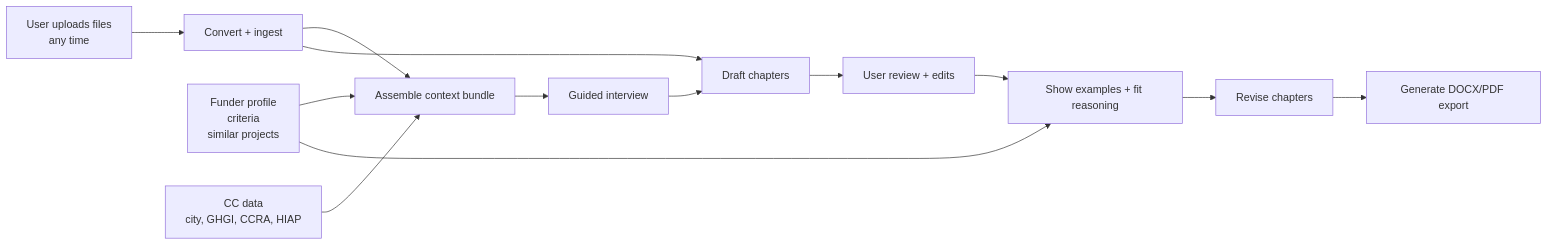
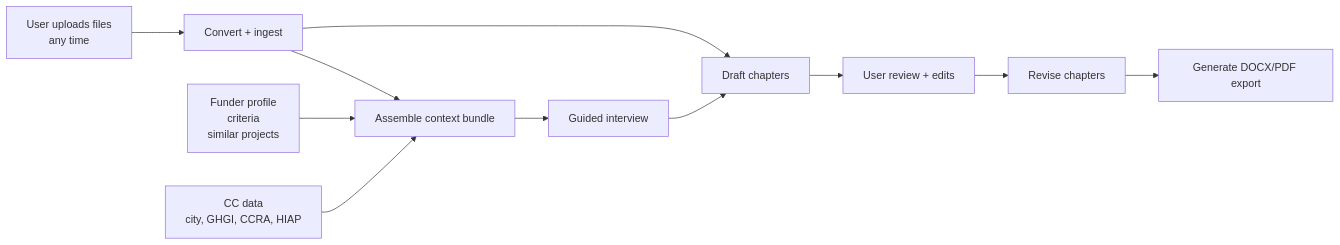
The second of 15 diagrams in docs/ConceptNoteBuilderArchitecture.md (Open-Earth-Foundation/CityCatalyst), drawn with Mermaid before and after one commit.

Commit message:
docs: simplify concept note workflow diagram

````diff
--- a/docs/ConceptNoteBuilderArchitecture.md
+++ b/docs/ConceptNoteBuilderArchitecture.md
@@ -138,19 +138,17 @@
 ```mermaid
 flowchart LR
     Context["Assemble context bundle"]
     Context --> Interview["Guided interview"]
     Interview --> Draft["Draft chapters"]
     Draft --> Review["User review + edits"]
-    Review --> Match["Show examples + fit reasoning"]
-    Match --> Revise["Revise chapters"]
+    Review --> Revise["Revise chapters"]
     Revise --> Export["Generate DOCX/PDF export"]
 
     Upload["User uploads files<br/>any time"] --> Ingest["Convert + ingest"]
     Ingest --> Context
     Ingest --> Draft
 
     Research["Funder profile<br/>criteria<br/>similar projects"] --> Context
-    Research --> Match
 
     CCData["CC data<br/>city, GHGI, CCRA, HIAP"] --> Context
 ```
````
